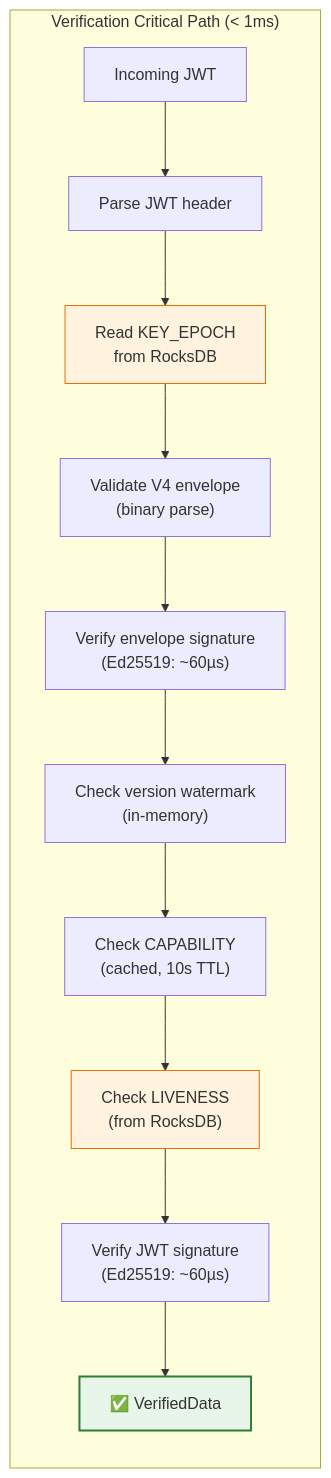
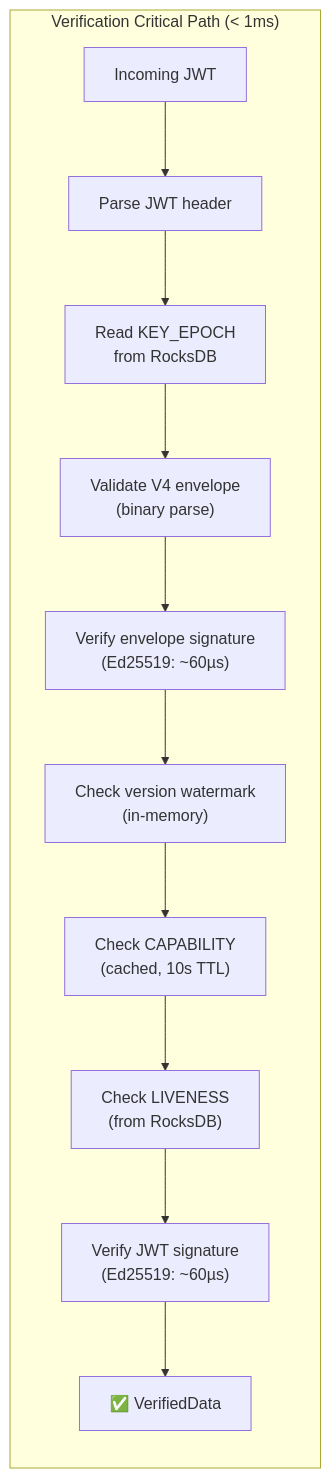
Before and after one commit to cyfko/veridot: the first of 3 diagrams in docs/docs/architecture/performance.md, drawn with Mermaid. The commit also changed 25 other files, not shown here.

First line of the commit message:
style: remove colorful fill styles from Mermaid diagrams

````diff
--- a/docs/docs/architecture/performance.md
+++ b/docs/docs/architecture/performance.md
@@ -16,18 +16,15 @@
 ```mermaid
 graph LR
     subgraph "Verification Critical Path (< 1ms)"
         JWT["Incoming JWT"] --> Parse["Parse JWT header"]
         Parse --> Cache["Read KEY_EPOCH<br/>from RocksDB"]
         Cache --> Env["Validate V4 envelope<br/>(binary parse)"]
         Env --> Sig["Verify envelope signature<br/>(Ed25519: ~60µs)"]
         Sig --> WM["Check version watermark<br/>(in-memory)"]
         WM --> Cap["Check CAPABILITY<br/>(cached, 10s TTL)"]
         Cap --> Live["Check LIVENESS<br/>(from RocksDB)"]
         Live --> Verify["Verify JWT signature<br/>(Ed25519: ~60µs)"]
         Verify --> OK["✅ VerifiedData"]
     end
 
-    style Cache fill:#fff3e0,stroke:#ef6c00
-    style Live fill:#fff3e0,stroke:#ef6c00
-    style OK fill:#e8f5e9,stroke:#2e7d32,stroke-width:2px
 ```
````
